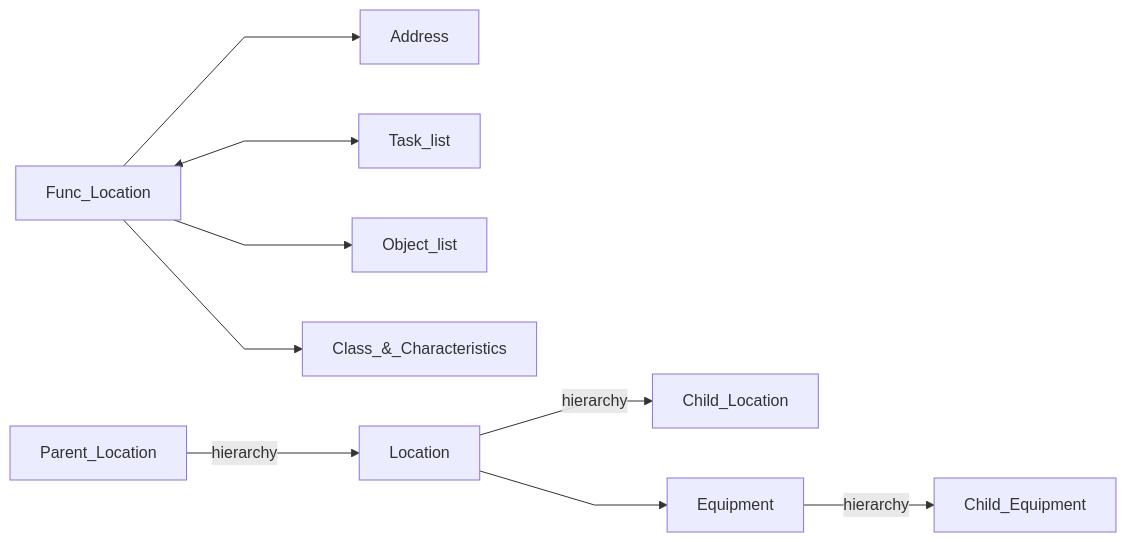
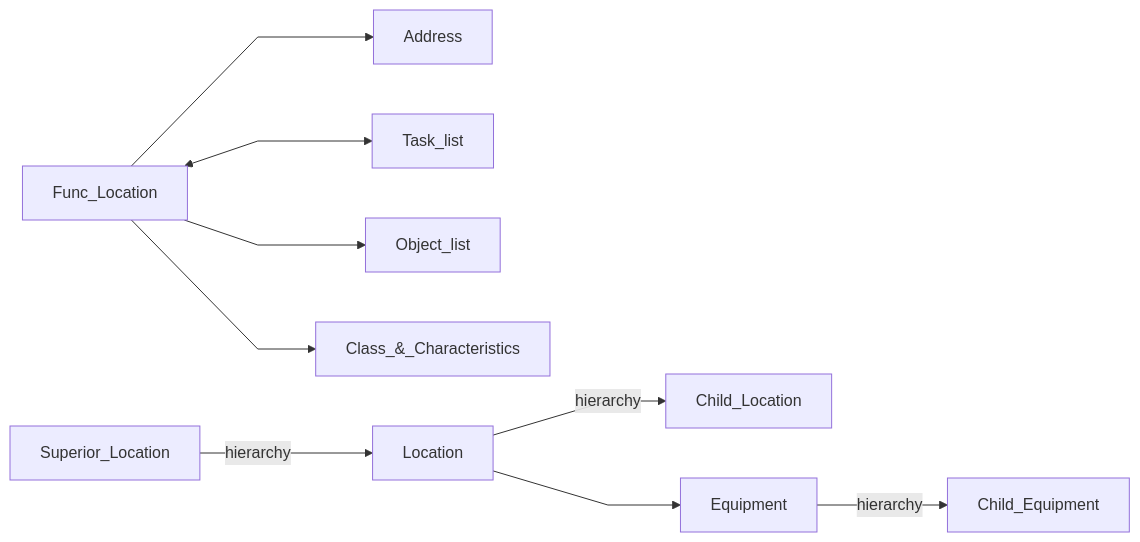
The first of 3 diagrams in ERP/PM/pm_func_loc.md (qurm/sap-diagrams), drawn with Mermaid before and after one commit. The commit also changed other lines of this file and 5 other files, not shown here.

````diff
--- a/ERP/PM/pm_func_loc.md
+++ b/ERP/PM/pm_func_loc.md
@@ -7,12 +9,12 @@
 ```mermaid
 %%{ init: { 'flowchart': { 'curve': 'linear' } } }%%
 flowchart LR
     Func_Location --> Address
     Func_Location <--> Task_list
     Func_Location --> Object_list
     Func_Location --> Class_&_Characteristics
     
-    Parent_Location --hierarchy--> Location --hierarchy--> Child_Location
+    Superior_Location --hierarchy--> Location --hierarchy--> Child_Location
     Location --> Equipment --hierarchy--> Child_Equipment
     
 ```
````
